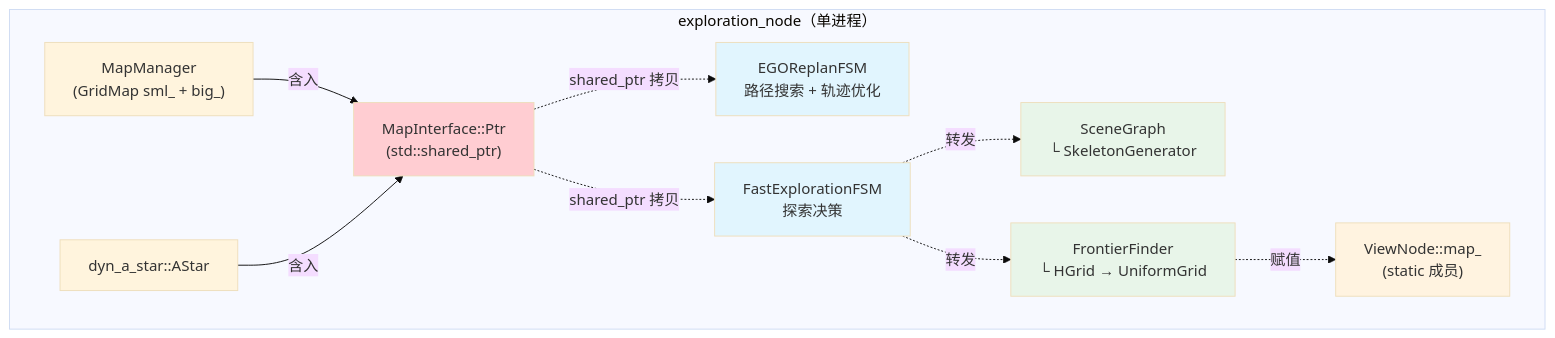
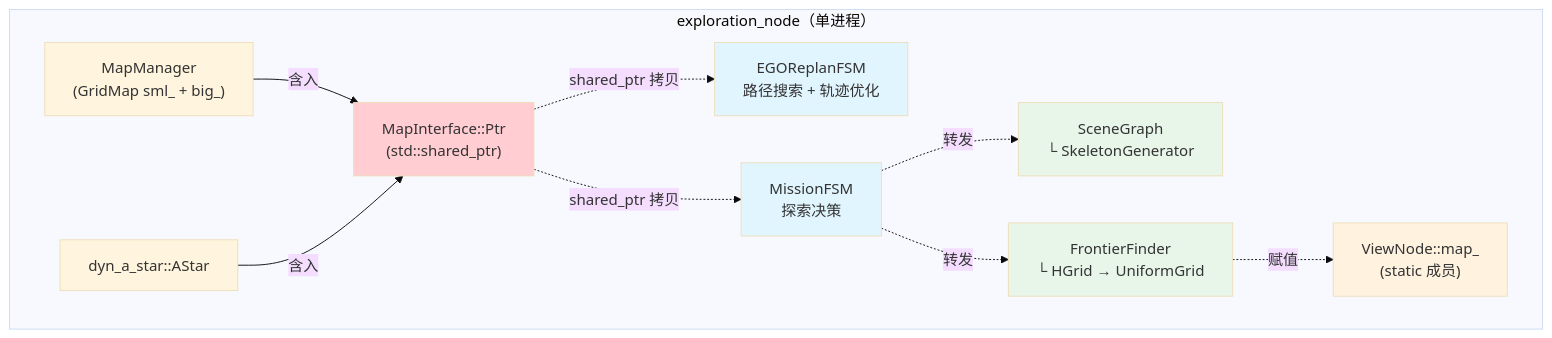
One commit to WarriorHanamy/uss-nav changed the diagram in docs/VIEW.md. Above: the diagram before and after it, drawn with Mermaid (base theme). The commit also changed other lines of this file and 16 other files, not shown here.

First line of the commit message:
refactor: Rename FastExplorationFSM to MissionFSM and remove GoalSet

````diff
--- a/docs/VIEW.md
+++ b/docs/VIEW.md
@@ -49,29 +49,29 @@
 ```mermaid
 graph TB
     subgraph "exploration_node（单进程）"
         MAPMGR["MapManager<br/>(GridMap sml_ + big_)"]
         MI["MapInterface::Ptr<br/>(std::shared_ptr)"]
         ASTR["dyn_a_star::AStar"]
 
         EGO["EGOReplanFSM<br/>路径搜索 + 轨迹优化"]
-        FSM["FastExplorationFSM<br/>探索决策"]
+        FSM["MissionFSM<br/>探索决策"]
         SG["SceneGraph<br/>└ SkeletonGenerator"]
         FF["FrontierFinder<br/>└ HGrid → UniformGrid"]
         VN["ViewNode::map_<br/>(static 成员)"]
     end
 
     MAPMGR -->|"含入"| MI
     ASTR -->|"含入"| MI
     MI -.->|"shared_ptr 拷贝"| EGO
     MI -.->|"shared_ptr 拷贝"| FSM
     FSM -.->|"转发"| SG
     FSM -.->|"转发"| FF
     FF -.->|"赋值"| VN
 
     style EGO fill:#e1f5fe
     style FSM fill:#e1f5fe
     style SG fill:#e8f5e9
     style FF fill:#e8f5e9
     style VN fill:#fff3e0
     style MI fill:#ffcdd2
 ```
````
